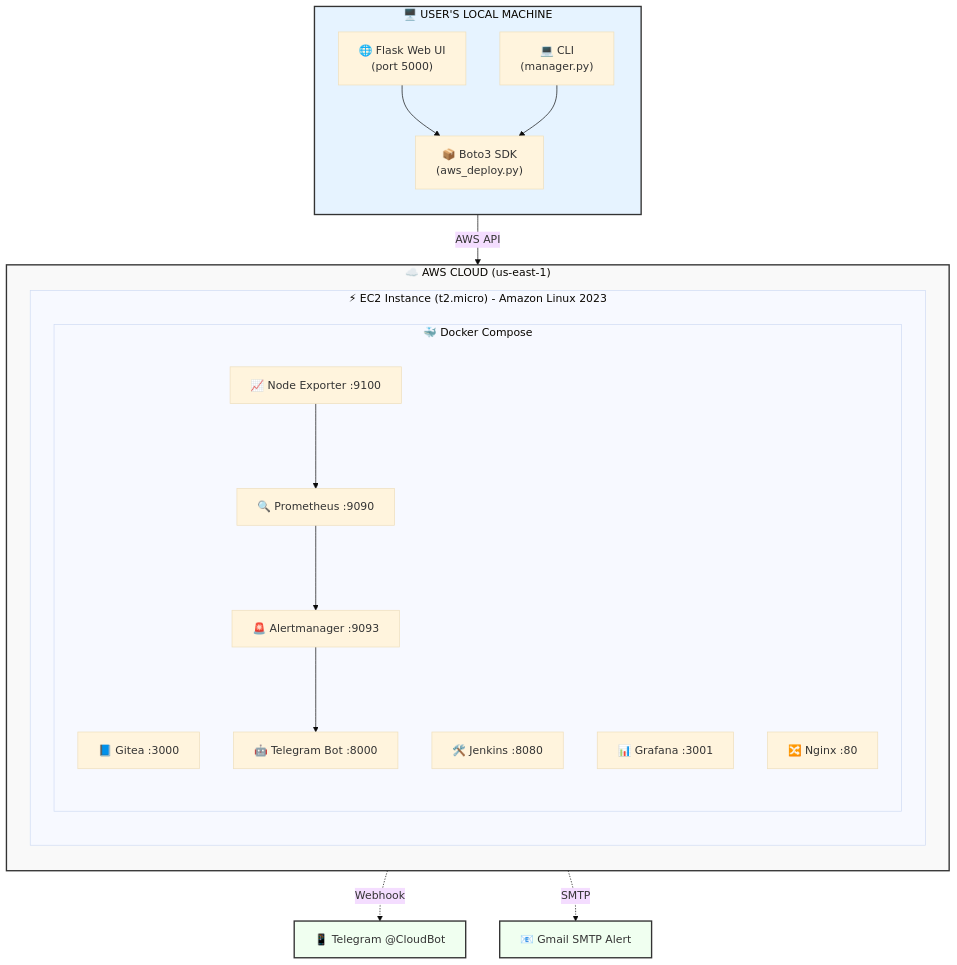
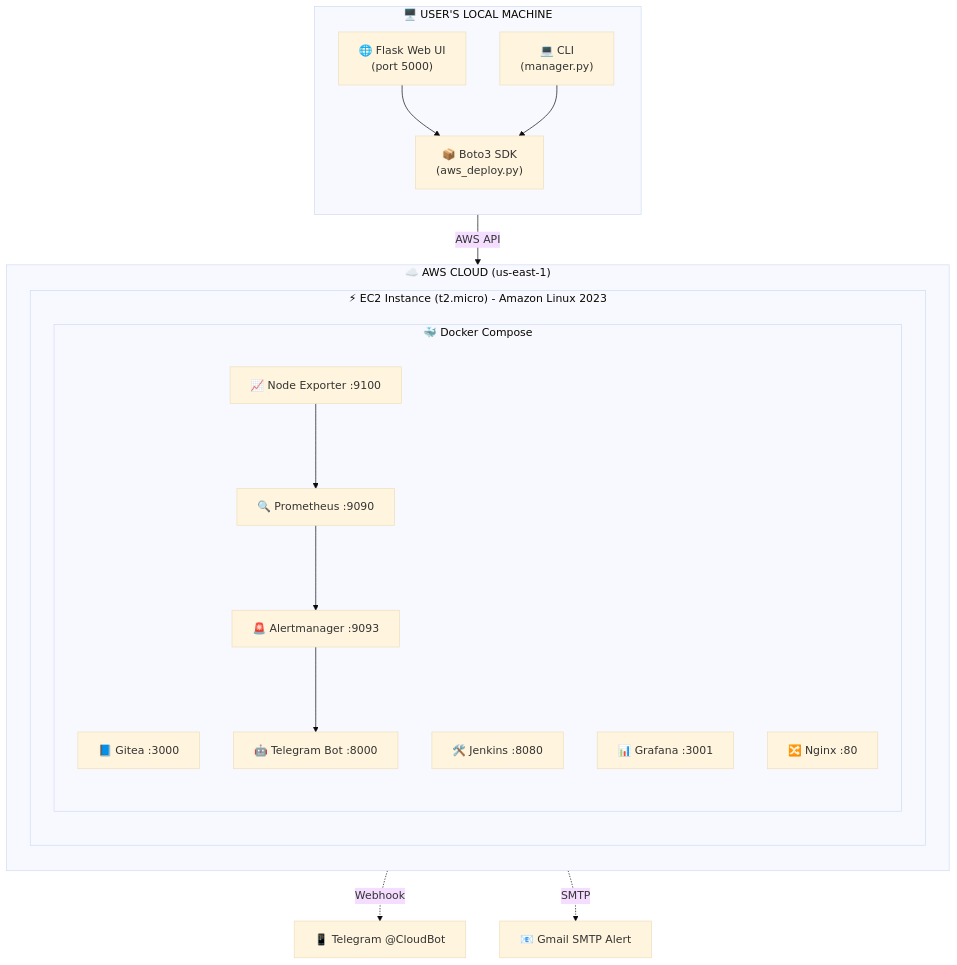
The first of 2 diagrams in README.md (iamnitishpattar/aws-cloud-ops-dashboard), drawn with Mermaid (base theme) before and after one commit.

Commit message:
docs: remove custom mermaid styling causing text visibility issues

````diff
--- a/README.md
+++ b/README.md
@@ -77,57 +77,48 @@
 ```mermaid
 flowchart TD
     %% User's Local Machine
     subgraph LocalMachine ["🖥️ USER'S LOCAL MACHINE"]
         direction TB
         UI["🌐 Flask Web UI<br/>(port 5000)"]
         CLI["💻 CLI<br/>(manager.py)"]
         SDK["📦 Boto3 SDK<br/>(aws_deploy.py)"]
         
         UI --> SDK
         CLI --> SDK
     end
 
     %% AWS Cloud
     subgraph AWSCloud ["☁️ AWS CLOUD (us-east-1)"]
         direction TB
         subgraph EC2 ["⚡ EC2 Instance (t2.micro) - Amazon Linux 2023"]
             direction TB
             subgraph Docker ["🐳 Docker Compose"]
                 direction TB
                 
                 Gitea["📘 Gitea :3000"]
                 Jenkins["🛠️ Jenkins :8080"]
                 NodeExporter["📈 Node Exporter :9100"]
                 
                 Grafana["📊 Grafana :3001"]
                 Nginx["🔀 Nginx :80"]
                 Prometheus["🔍 Prometheus :9090"]
                 
                 TelegramBot["🤖 Telegram Bot :8000"]
                 Alertmanager["🚨 Alertmanager :9093"]
                 
                 NodeExporter --> Prometheus
                 Prometheus --> Alertmanager
                 Alertmanager --> TelegramBot
             end
         end
     end
 
     %% Connections
     SDK -- "AWS API" --> AWSCloud
 
     TelegramApp["📱 Telegram @CloudBot"]
     Gmail["📧 Gmail SMTP Alert"]
 
     TelegramBot -.->|"Webhook"| TelegramApp
     Alertmanager -.->|"SMTP"| Gmail
-
-    %% Styling
-    classDef cloud fill:#f9f9f9,stroke:#333,stroke-width:2px;
-    classDef local fill:#e6f3ff,stroke:#333,stroke-width:2px;
-    classDef external fill:#f0fff0,stroke:#333,stroke-width:2px;
-    
-    class AWSCloud cloud;
-    class LocalMachine local;
-    class TelegramApp,Gmail external;
 ```
````
